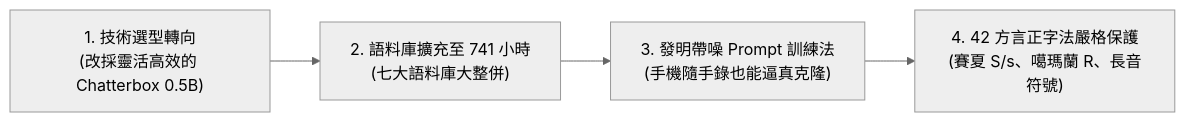
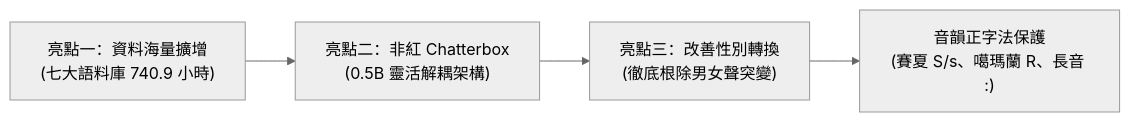
The second of 5 diagrams in reports/2026-10-20/tts_simplified_report.md (Voxmosa/Formosan-AI-Reports), drawn with Mermaid (neutral theme) before and after one commit. The commit also changed other lines of this file and 2 other files, not shown here.

Commit message:
docs(tts-report): update titles and content to emphasize 3 key highlights in Chatterbox TTS

````diff
--- a/reports/2026-10-20/tts_simplified_report.md
+++ b/reports/2026-10-20/tts_simplified_report.md
@@ -57,6 +53,6 @@
 ```mermaid
 flowchart LR
-    E1["1. 技術選型轉向<br/>(改採靈活高效的 Chatterbox 0.5B)"] --> E2["2. 語料庫擴充至 741 小時<br/>(七大語料庫大整併)"]
-    E2 --> E3["3. 發明帶噪 Prompt 訓練法<br/>(手機隨手錄也能逼真克隆)"]
-    E3 --> E4["4. 42 方言正字法嚴格保護<br/>(賽夏 S/s、噶瑪蘭 R、長音符號)"]
+    E1["亮點一：資料海量擴增<br/>(七大語料庫 740.9 小時)"] --> E2["亮點二：非紅 Chatterbox<br/>(0.5B 靈活解耦架構)"]
+    E2 --> E3["亮點三：改善性別轉換<br/>(徹底根除男女聲突變)"]
+    E3 --> E4["音韻正字法保護<br/>(賽夏 S/s、噶瑪蘭 R、長音 :)"]
 ```
````
